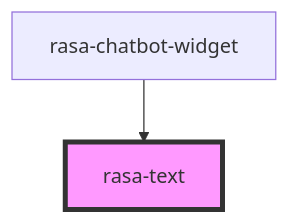
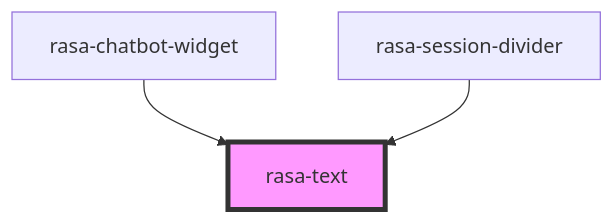
Before and after one commit to RasaHQ/chat-widget: the diagram in packages/web-component/src/components/text/readme.md, drawn with Mermaid. The commit also changed other lines of this file and 10 other files, not shown here.

````diff
--- a/packages/web-component/src/components/text/readme.md
+++ b/packages/web-component/src/components/text/readme.md
@@ -22,5 +23,6 @@
 ```mermaid
 graph TD;
   rasa-chatbot-widget --> rasa-text
+  rasa-session-divider --> rasa-text
   style rasa-text fill:#f9f,stroke:#333,stroke-width:4px
 ```
````
